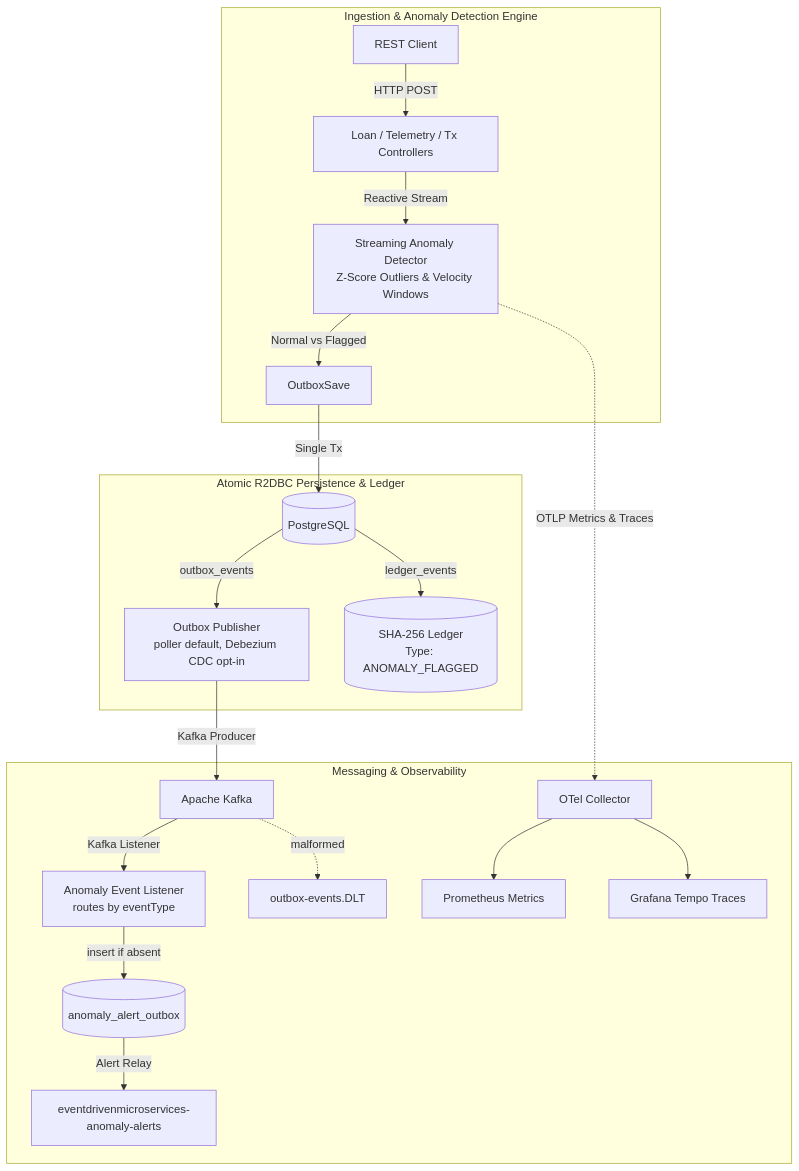
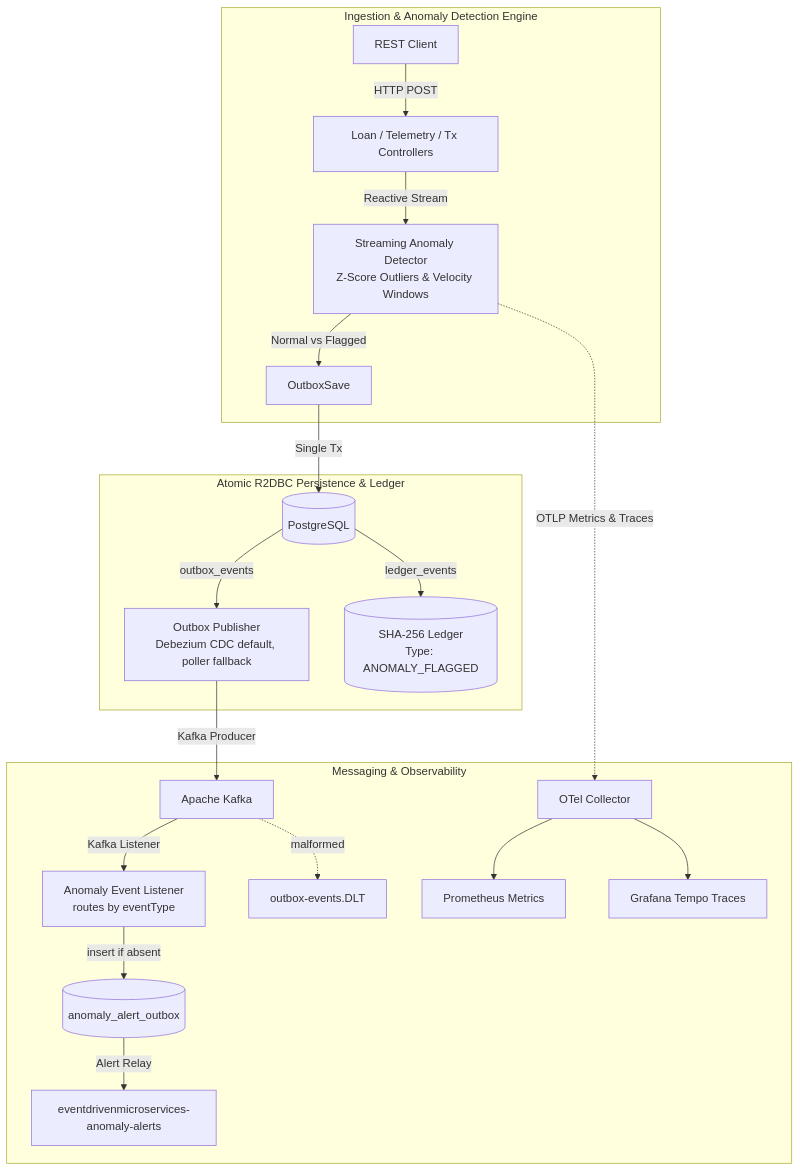
One commit to andreruizdev/event-driven-platform changed the diagram in README.md. Above: the diagram before and after it, drawn with Mermaid. The commit also changed other lines of this file and 4 other files, not shown here.

Commit message:
Gate CDC p95 latency at 500ms; document CDC as default publisher with measured evidence

````diff
--- a/README.md
+++ b/README.md
@@ -13,26 +13,26 @@
 ```mermaid
 flowchart TD
     subgraph Ingestion & Anomaly Detection Engine
         Client[REST Client] -->|HTTP POST| Controller[Loan / Telemetry / Tx Controllers]
         Controller -->|Reactive Stream| Engine[Streaming Anomaly Detector<br/>Z-Score Outliers & Velocity Windows]
         Engine -->|Normal vs Flagged| OutboxSave
     end
 
     subgraph Atomic R2DBC Persistence & Ledger
         OutboxSave -->|Single Tx| DB[(PostgreSQL)]
-      DB -->|outbox_events| Poller[Outbox Publisher<br/>poller default, Debezium CDC opt-in]
+      DB -->|outbox_events| Poller[Outbox Publisher<br/>Debezium CDC default, poller fallback]
         DB -->|ledger_events| Ledger[(SHA-256 Ledger<br/>Type: ANOMALY_FLAGGED)]
     end
 
     subgraph Messaging & Observability
         Poller -->|Kafka Producer| Kafka[Apache Kafka]
         Kafka -->|Kafka Listener| CEP[Anomaly Event Listener<br/>routes by eventType]
         Kafka -.->|malformed| DLT[outbox-events.DLT]
         CEP -->|insert if absent| AlertOutbox[(anomaly_alert_outbox)]
         AlertOutbox -->|Alert Relay| AlertTopic[eventdrivenmicroservices-anomaly-alerts]
 
         Engine -.->|OTLP Metrics & Traces| OTel[OTel Collector]
         OTel --> Prometheus[Prometheus Metrics]
         OTel --> Tempo[Grafana Tempo Traces]
     end
 ```
````
